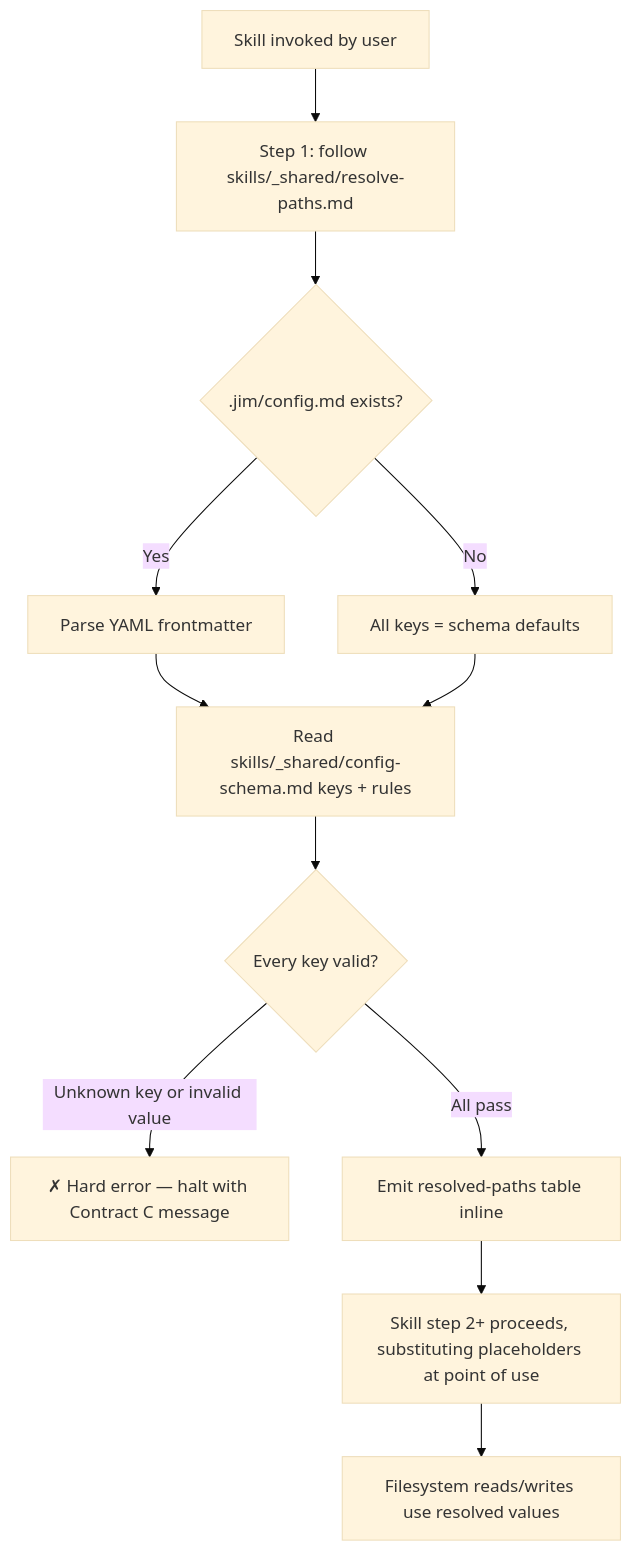
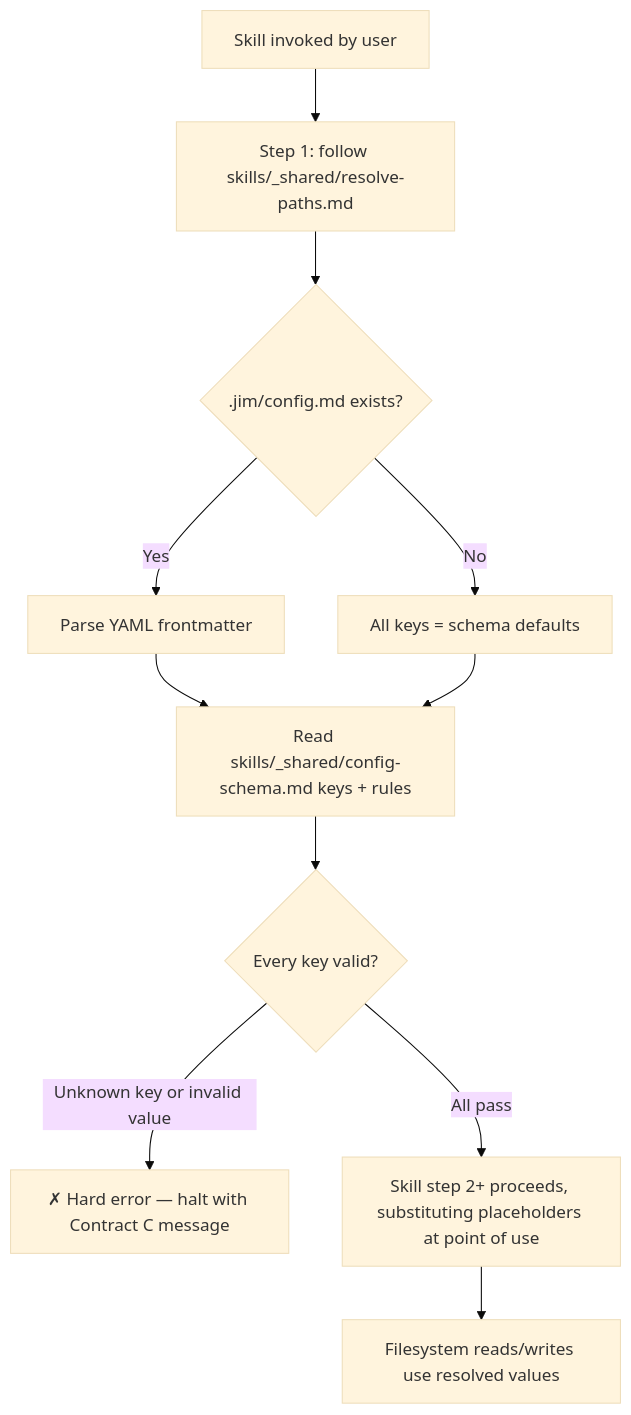
One commit to jrko/jim changed the first of 2 diagrams in docs/specs/jim/012-config-adherence/plan.md. Above: the diagram before and after it, drawn with Mermaid (base theme). The commit also changed other lines of this file and 24 other files, not shown here.

Commit message:
refactor: remove resolved-paths table emission; placeholder syntax is the forcing function

````diff
--- a/docs/specs/jim/012-config-adherence/plan.md
+++ b/docs/specs/jim/012-config-adherence/plan.md
@@ -266,14 +256,13 @@
 ```mermaid
 flowchart TD
     S[Skill invoked by user] --> STEP1["Step 1: follow skills/_shared/resolve-paths.md"]
     STEP1 --> READCFG{.jim/config.md exists?}
     READCFG -->|Yes| PARSE[Parse YAML frontmatter]
     READCFG -->|No| DEFAULTS[All keys = schema defaults]
     PARSE --> SCHEMA[Read skills/_shared/config-schema.md keys + rules]
     DEFAULTS --> SCHEMA
     SCHEMA --> VALIDATE{Every key valid?}
     VALIDATE -->|Unknown key or invalid value| HALT["✗ Hard error — halt with Contract C message"]
-    VALIDATE -->|All pass| EMIT["Emit resolved-paths table inline"]
-    EMIT --> BODY[Skill step 2+ proceeds, substituting placeholders at point of use]
+    VALIDATE -->|All pass| BODY[Skill step 2+ proceeds, substituting placeholders at point of use]
     BODY --> WRITES[Filesystem reads/writes use resolved values]
 ```
````
